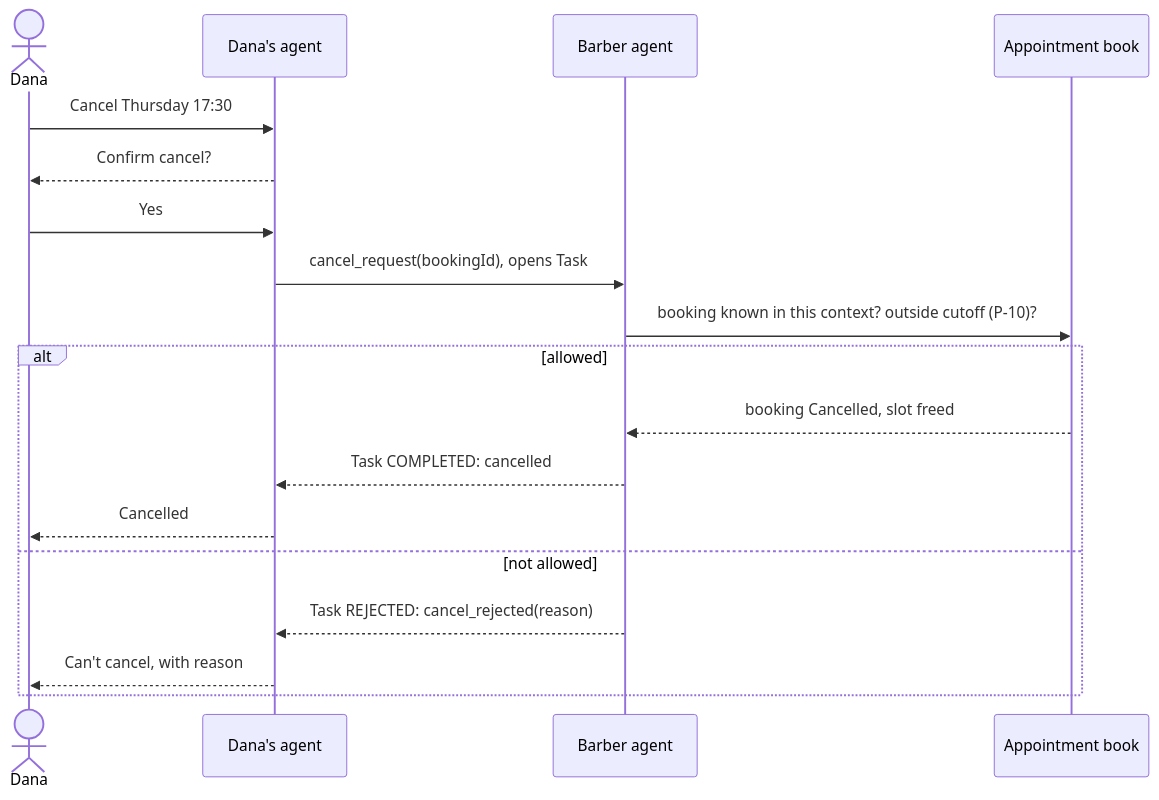
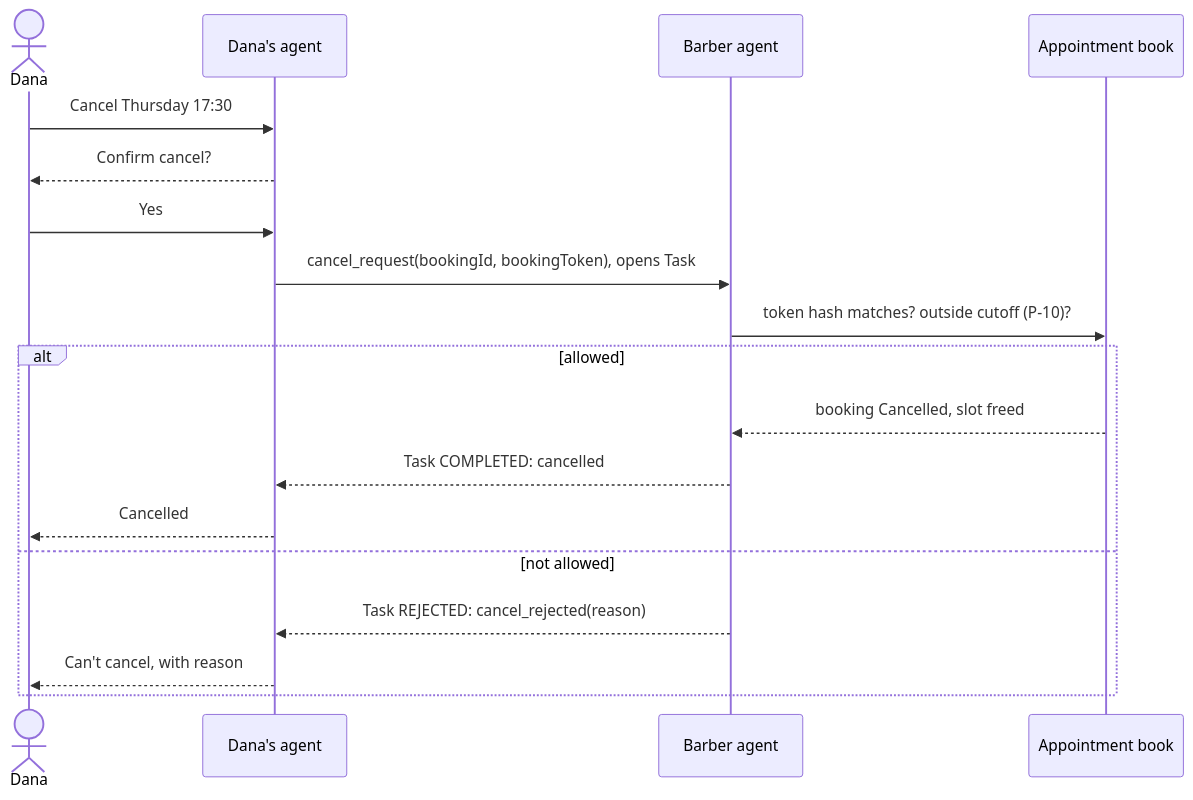
Before and after one commit to Jannisar01/hitchpost: the fourth of 4 diagrams in docs/sad/06-use-cases.md, drawn with Mermaid. The commit also changed other lines of this file and 22 other files, not shown here.

````diff
--- a/docs/sad/06-use-cases.md
+++ b/docs/sad/06-use-cases.md
@@ -218,21 +220,21 @@
 ```mermaid
 sequenceDiagram
     actor Dana
     participant DA as Dana's agent
     participant BA as Barber agent
     participant Book as Appointment book
 
     Dana->>DA: Cancel Thursday 17:30
     DA-->>Dana: Confirm cancel?
     Dana->>DA: Yes
-    DA->>BA: cancel_request(bookingId), opens Task
-    BA->>Book: booking known in this context? outside cutoff (P-10)?
+    DA->>BA: cancel_request(bookingId, bookingToken), opens Task
+    BA->>Book: token hash matches? outside cutoff (P-10)?
     alt allowed
         Book-->>BA: booking Cancelled, slot freed
         BA-->>DA: Task COMPLETED: cancelled
         DA-->>Dana: Cancelled
     else not allowed
         BA-->>DA: Task REJECTED: cancel_rejected(reason)
         DA-->>Dana: Can't cancel, with reason
     end
 ```
````
